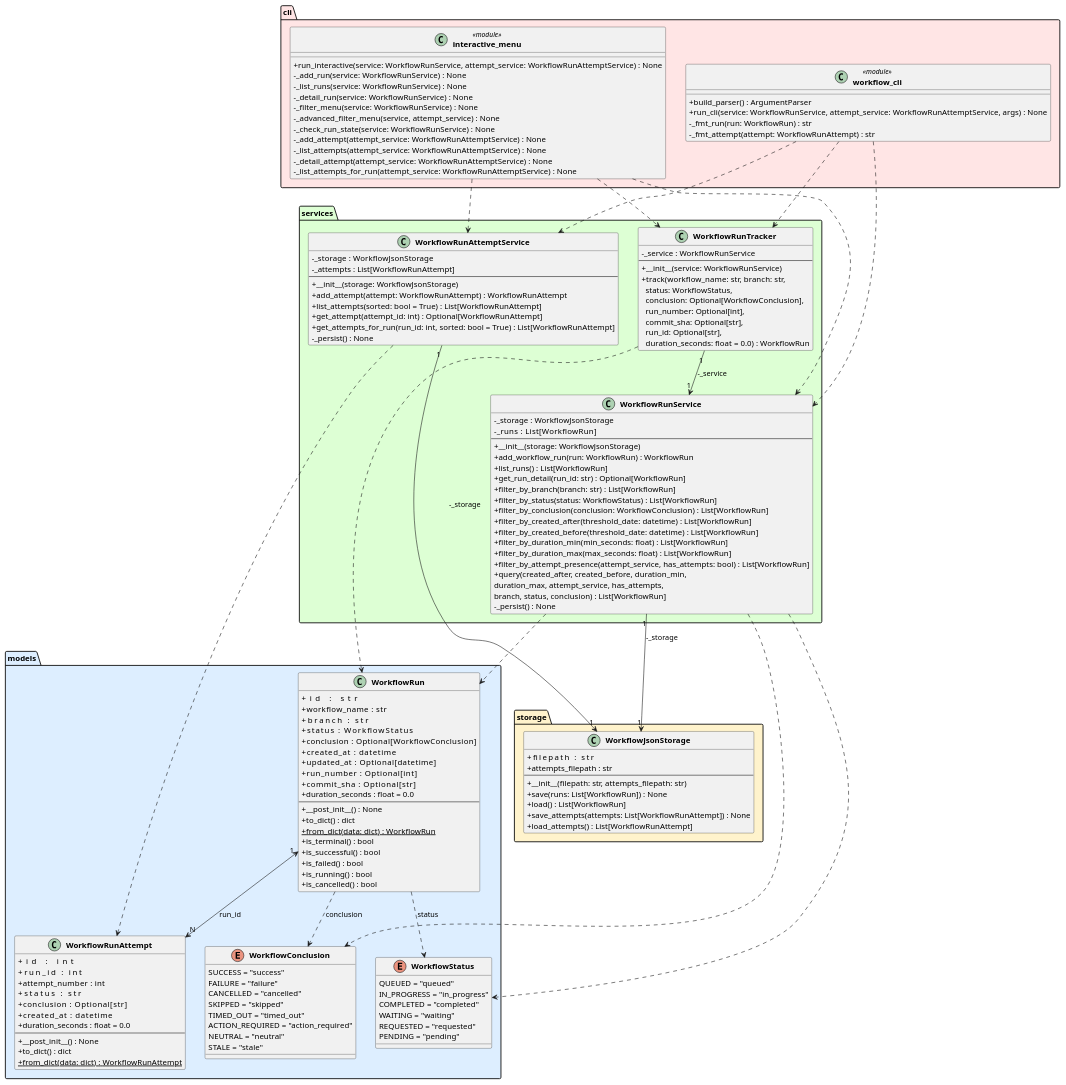
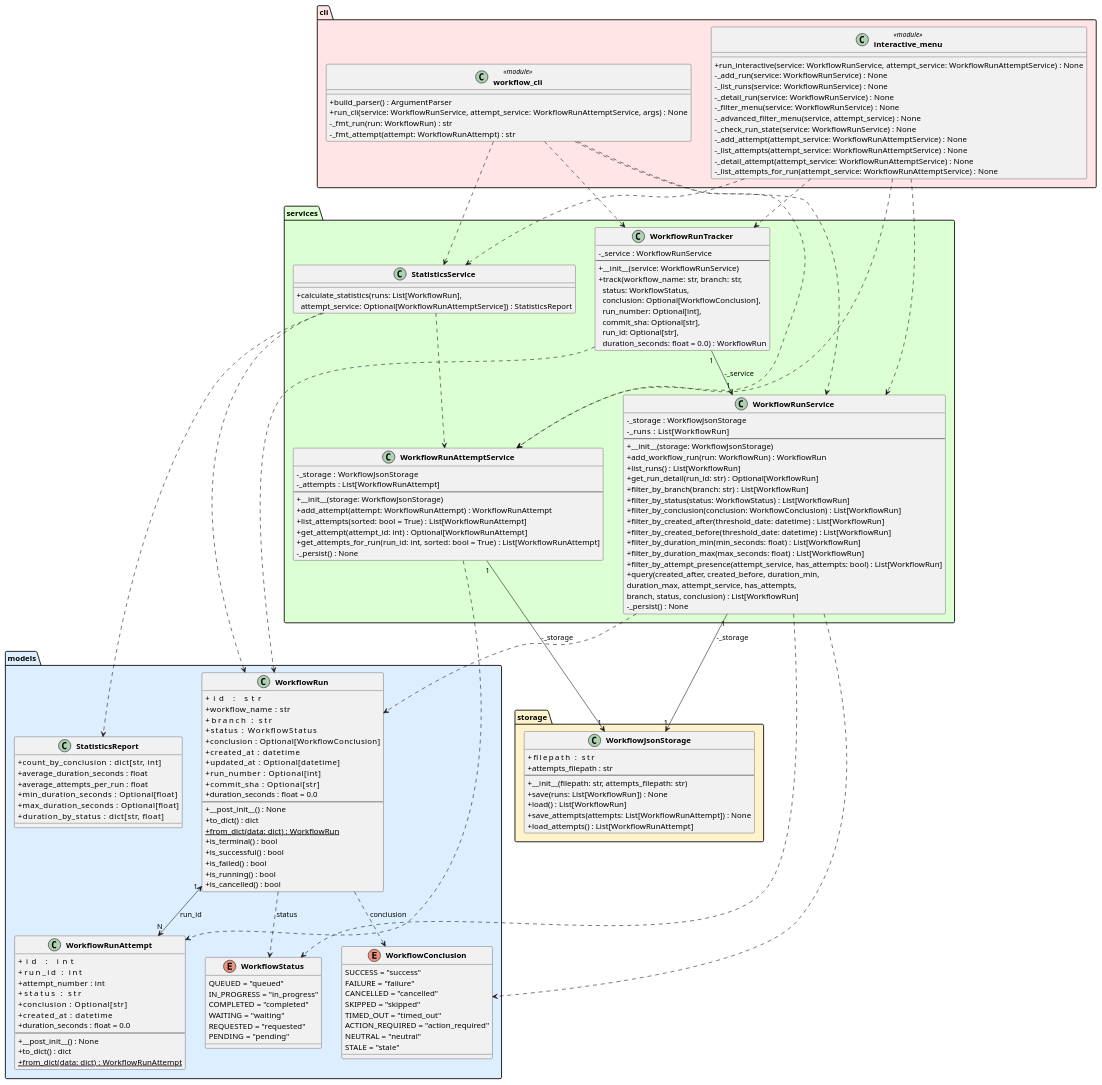
One commit to DanielRiha8906/Software_autoevolution_using_agents changed the diagram in experiments/pipeline/user_stories/github-workflow-manager/artifacts/class_diagram.puml. Above: the diagram before and after it, drawn with PlantUML. The commit also changed 13 other files, not shown here.

```diff
--- a/experiments/pipeline/user_stories/github-workflow-manager/artifacts/class_diagram.puml
+++ b/experiments/pipeline/user_stories/github-workflow-manager/artifacts/class_diagram.puml
@@ -1,159 +1,177 @@
 @startuml class_diagram
 
 skinparam classAttributeIconSize 0
 skinparam classFontStyle bold
 
 package "models" #DDEEFF {
     enum WorkflowStatus {
         QUEUED = "queued"
         IN_PROGRESS = "in_progress"
         COMPLETED = "completed"
         WAITING = "waiting"
         REQUESTED = "requested"
         PENDING = "pending"
     }
 
     enum WorkflowConclusion {
         SUCCESS = "success"
         FAILURE = "failure"
         CANCELLED = "cancelled"
         SKIPPED = "skipped"
         TIMED_OUT = "timed_out"
         ACTION_REQUIRED = "action_required"
         NEUTRAL = "neutral"
         STALE = "stale"
     }
 
     class WorkflowRun {
         +id               : str
         +workflow_name    : str
         +branch           : str
         +status           : WorkflowStatus
         +conclusion       : Optional[WorkflowConclusion]
         +created_at       : datetime
         +updated_at       : Optional[datetime]
         +run_number       : Optional[int]
         +commit_sha       : Optional[str]
         +duration_seconds : float = 0.0
         --
         +__post_init__() : None
         +to_dict() : dict
         +{static} from_dict(data: dict) : WorkflowRun
         +is_terminal() : bool
         +is_successful() : bool
         +is_failed() : bool
         +is_running() : bool
         +is_cancelled() : bool
     }
 
     class WorkflowRunAttempt {
         +id               : int
         +run_id           : int
         +attempt_number   : int
         +status           : str
         +conclusion       : Optional[str]
         +created_at       : datetime
         +duration_seconds : float = 0.0
         --
         +__post_init__() : None
         +to_dict() : dict
         +{static} from_dict(data: dict) : WorkflowRunAttempt
     }
+
+    class StatisticsReport {
+        +count_by_conclusion        : dict[str, int]
+        +average_duration_seconds   : float
+        +average_attempts_per_run   : float
+        +min_duration_seconds       : Optional[float]
+        +max_duration_seconds       : Optional[float]
+        +duration_by_status         : dict[str, float]
+    }
 }
 
 package "storage" #FFF3CC {
     class WorkflowJsonStorage {
         +filepath          : str
         +attempts_filepath : str
         --
         +__init__(filepath: str, attempts_filepath: str)
         +save(runs: List[WorkflowRun]) : None
         +load() : List[WorkflowRun]
         +save_attempts(attempts: List[WorkflowRunAttempt]) : None
         +load_attempts() : List[WorkflowRunAttempt]
     }
 }
 
 package "services" #DDFFD4 {
     class WorkflowRunService {
         -_storage : WorkflowJsonStorage
         -_runs    : List[WorkflowRun]
         --
         +__init__(storage: WorkflowJsonStorage)
         +add_workflow_run(run: WorkflowRun) : WorkflowRun
         +list_runs() : List[WorkflowRun]
         +get_run_detail(run_id: str) : Optional[WorkflowRun]
         +filter_by_branch(branch: str) : List[WorkflowRun]
         +filter_by_status(status: WorkflowStatus) : List[WorkflowRun]
         +filter_by_conclusion(conclusion: WorkflowConclusion) : List[WorkflowRun]
         +filter_by_created_after(threshold_date: datetime) : List[WorkflowRun]
         +filter_by_created_before(threshold_date: datetime) : List[WorkflowRun]
         +filter_by_duration_min(min_seconds: float) : List[WorkflowRun]
         +filter_by_duration_max(max_seconds: float) : List[WorkflowRun]
         +filter_by_attempt_presence(attempt_service, has_attempts: bool) : List[WorkflowRun]
         +query(created_after, created_before, duration_min,\nduration_max, attempt_service, has_attempts,\nbranch, status, conclusion) : List[WorkflowRun]
         -_persist() : None
     }
 
     class WorkflowRunAttemptService {
         -_storage  : WorkflowJsonStorage
         -_attempts : List[WorkflowRunAttempt]
         --
         +__init__(storage: WorkflowJsonStorage)
         +add_attempt(attempt: WorkflowRunAttempt) : WorkflowRunAttempt
         +list_attempts(sorted: bool = True) : List[WorkflowRunAttempt]
         +get_attempt(attempt_id: int) : Optional[WorkflowRunAttempt]
         +get_attempts_for_run(run_id: int, sorted: bool = True) : List[WorkflowRunAttempt]
         -_persist() : None
     }
 
     class WorkflowRunTracker {
         -_service : WorkflowRunService
         --
         +__init__(service: WorkflowRunService)
         +track(workflow_name: str, branch: str,\n  status: WorkflowStatus,\n  conclusion: Optional[WorkflowConclusion],\n  run_number: Optional[int],\n  commit_sha: Optional[str],\n  run_id: Optional[str],\n  duration_seconds: float = 0.0) : WorkflowRun
     }
+
+    class StatisticsService {
+        +calculate_statistics(runs: List[WorkflowRun],\n  attempt_service: Optional[WorkflowRunAttemptService]) : StatisticsReport
+    }
 }
 
 package "cli" #FFE5E5 {
     class "workflow_cli" <<module>> {
         +build_parser() : ArgumentParser
         +run_cli(service: WorkflowRunService, attempt_service: WorkflowRunAttemptService, args) : None
         -_fmt_run(run: WorkflowRun) : str
         -_fmt_attempt(attempt: WorkflowRunAttempt) : str
     }
 
     class "interactive_menu" <<module>> {
         +run_interactive(service: WorkflowRunService, attempt_service: WorkflowRunAttemptService) : None
         -_add_run(service: WorkflowRunService) : None
         -_list_runs(service: WorkflowRunService) : None
         -_detail_run(service: WorkflowRunService) : None
         -_filter_menu(service: WorkflowRunService) : None
         -_advanced_filter_menu(service, attempt_service) : None
         -_check_run_state(service: WorkflowRunService) : None
         -_add_attempt(attempt_service: WorkflowRunAttemptService) : None
         -_list_attempts(attempt_service: WorkflowRunAttemptService) : None
         -_detail_attempt(attempt_service: WorkflowRunAttemptService) : None
         -_list_attempts_for_run(attempt_service: WorkflowRunAttemptService) : None
     }
 }
 
 WorkflowRun                   ..>  WorkflowStatus        : status
 WorkflowRun                   ..>  WorkflowConclusion    : conclusion
 WorkflowRun         "1" <--> "N" WorkflowRunAttempt     : run_id
 WorkflowRunService      "1" --> "1" WorkflowJsonStorage : -_storage
 WorkflowRunService           ..>  WorkflowRun
 WorkflowRunService           ..>  WorkflowStatus
 WorkflowRunService           ..>  WorkflowConclusion
 WorkflowRunAttemptService    "1" --> "1" WorkflowJsonStorage : -_storage
 WorkflowRunAttemptService         ..>  WorkflowRunAttempt
 WorkflowRunTracker      "1" --> "1" WorkflowRunService  : -_service
 WorkflowRunTracker           ..>  WorkflowRun
+StatisticsService            ..>  WorkflowRun
+StatisticsService            ..>  StatisticsReport
+StatisticsService            ..>  WorkflowRunAttemptService
 "workflow_cli"               ..>  WorkflowRunService
 "workflow_cli"               ..>  WorkflowRunAttemptService
 "workflow_cli"               ..>  WorkflowRunTracker
+"workflow_cli"               ..>  StatisticsService
 "interactive_menu"           ..>  WorkflowRunService
 "interactive_menu"           ..>  WorkflowRunAttemptService
 "interactive_menu"           ..>  WorkflowRunTracker
+"interactive_menu"           ..>  StatisticsService
 
 @enduml
```
